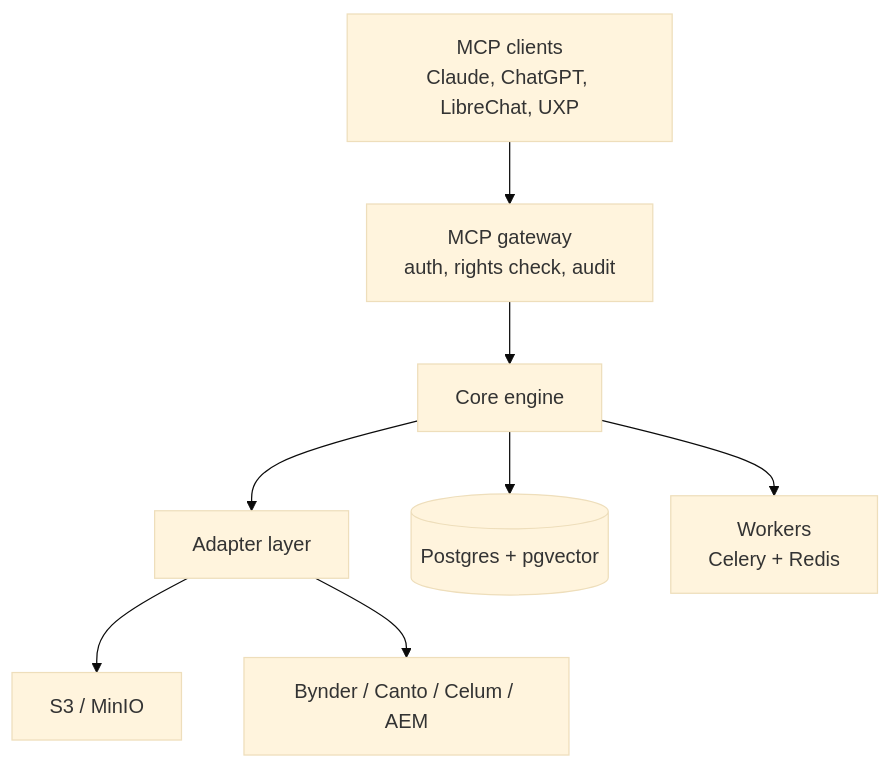
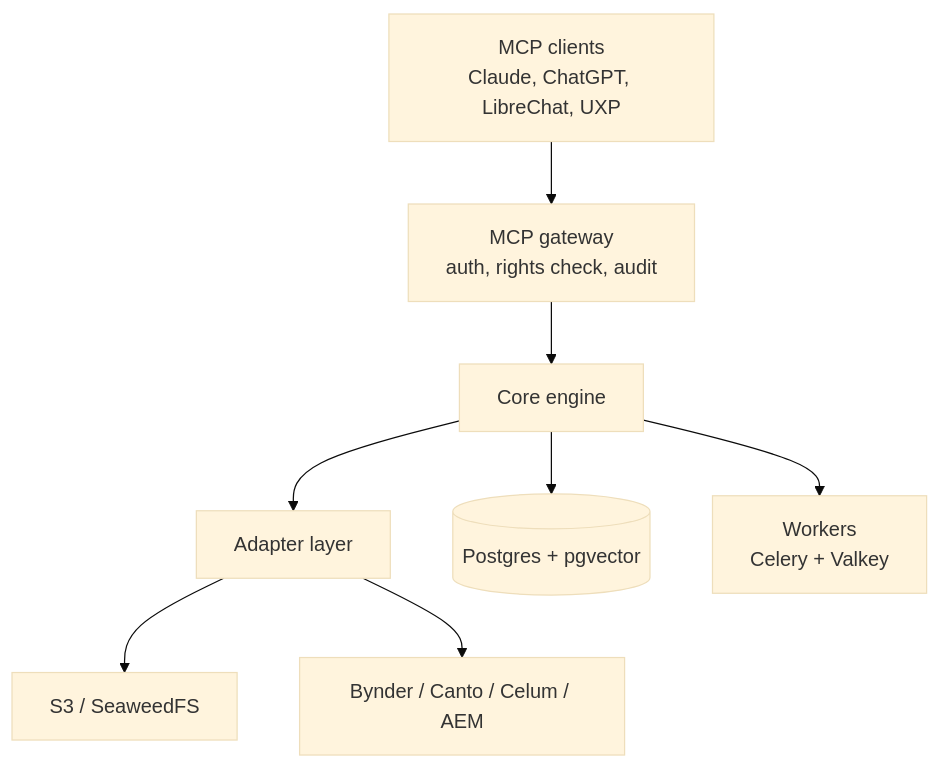
The first of 2 diagrams in README.md (OpenAgenticDAM/Core), drawn with Mermaid (base theme) before and after one commit. The commit also changed other lines of this file and 49 other files, not shown here.

````diff
--- a/README.md
+++ b/README.md
@@ -82,10 +83,10 @@
 ```mermaid
 flowchart TD
   C[MCP clients<br/>Claude, ChatGPT, LibreChat, UXP] --> G[MCP gateway<br/>auth, rights check, audit]
   G --> E[Core engine]
   E --> A[Adapter layer]
   E --> P[(Postgres + pgvector)]
-  E --> W[Workers<br/>Celery + Redis]
-  A --> S[S3 / MinIO]
+  E --> W[Workers<br/>Celery + Valkey]
+  A --> S[S3 / SeaweedFS]
   A --> D[Bynder / Canto / Celum / AEM]
 ```
````
